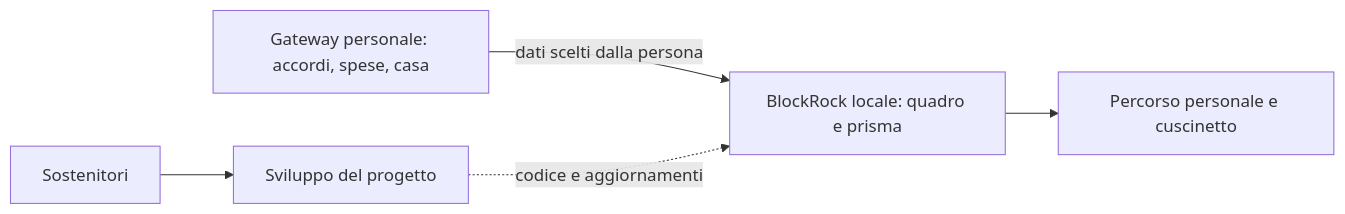
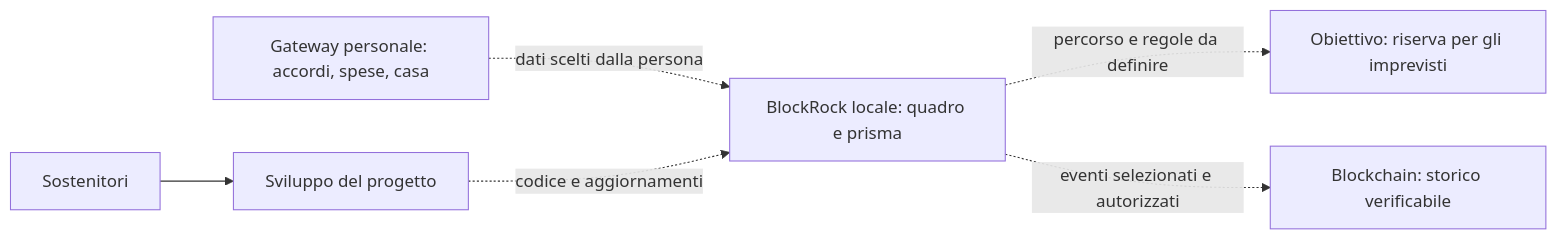
Before and after one commit to BlockRockAdmin/BlockRock: the diagram in README.md, drawn with Mermaid. The commit also changed other lines of this file and 1 other file, not shown here.

Commit message:
docs: explain blockchain role in personal stability

````diff
--- a/README.md
+++ b/README.md
@@ -10,7 +33,8 @@
 ```mermaid
 flowchart LR
-    G[Gateway personale: accordi, spese, casa] -->|dati scelti dalla persona| B[BlockRock locale: quadro e prisma]
-    B --> P[Percorso personale e cuscinetto]
+    G[Gateway personale: accordi, spese, casa] -. dati scelti dalla persona .-> B[BlockRock locale: quadro e prisma]
+    B -. percorso e regole da definire .-> P[Obiettivo: riserva per gli imprevisti]
+    B -. eventi selezionati e autorizzati .-> C[Blockchain: storico verificabile]
     S[Sostenitori] --> D[Sviluppo del progetto]
     D -. codice e aggiornamenti .-> B
 ```
````
